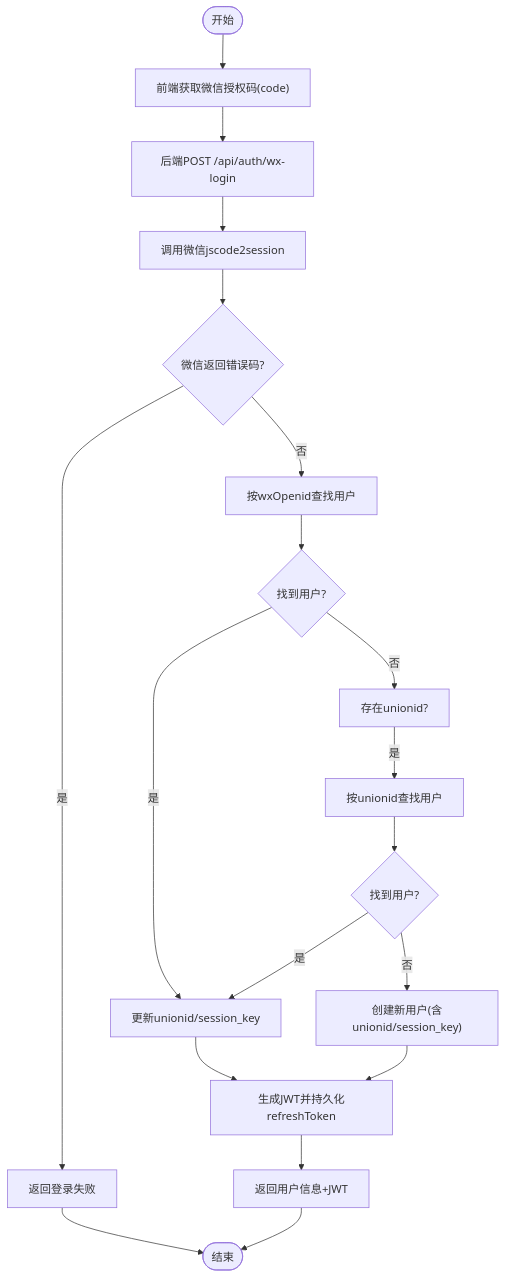
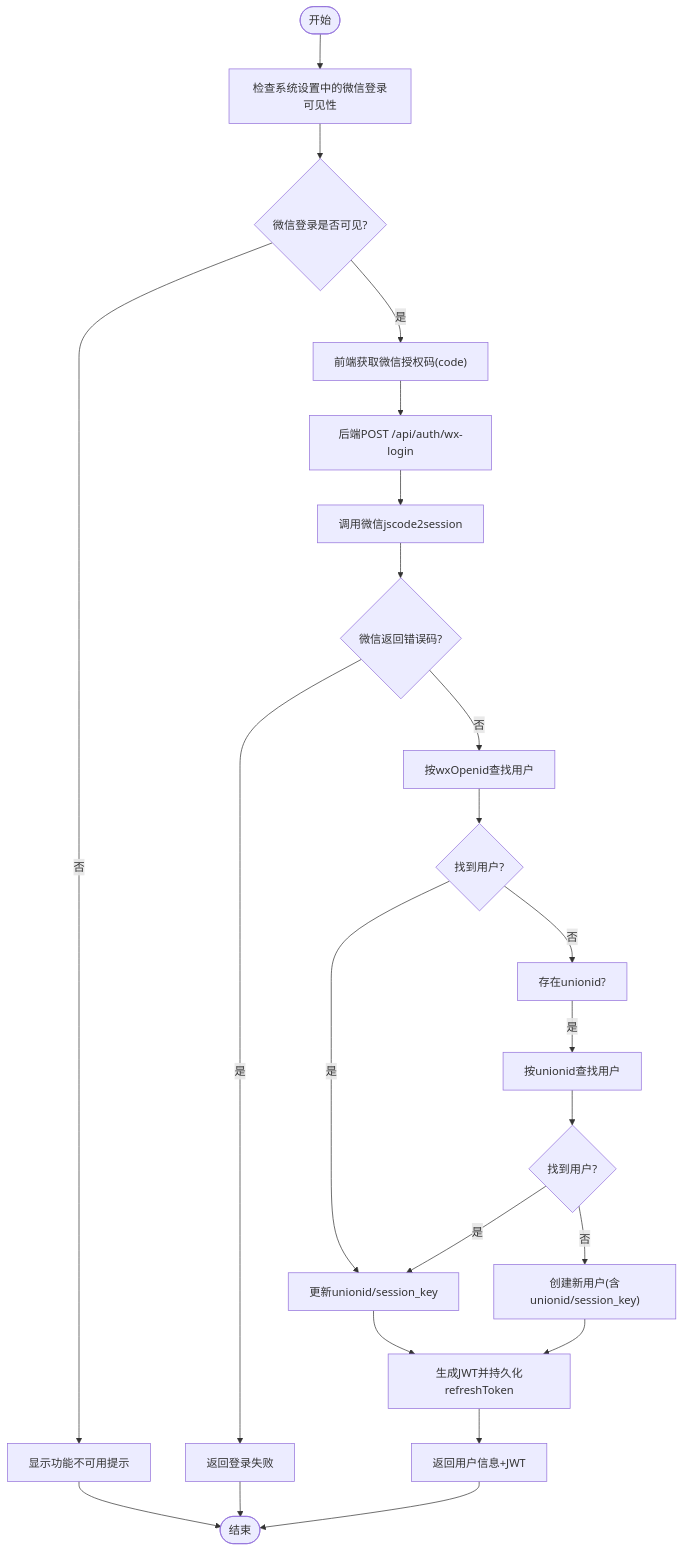
Before and after one commit to Giraffe-Han/microAPP: the fourth of 8 diagrams in .qoder/repowiki/zh/content/后端服务架构/认证与授权系统/微信登录集成.md, drawn with Mermaid. The commit also changed other lines of this file and 14 other files, not shown here.

````diff
--- a/.qoder/repowiki/zh/content/后端服务架构/认证与授权系统/微信登录集成.md
+++ b/.qoder/repowiki/zh/content/后端服务架构/认证与授权系统/微信登录集成.md
@@ -166,21 +185,25 @@
 ```mermaid
 flowchart TD
-Start(["开始"]) --> GetCode["前端获取微信授权码(code)"]
+Start(["开始"]) --> CheckSettings["检查系统设置中的微信登录可见性"]
+CheckSettings --> Visible{"微信登录是否可见?"}
+Visible --> |否| Disabled["显示功能不可用提示"]
+Visible --> |是| GetCode["前端获取微信授权码(code)"]
 GetCode --> PostLogin["后端POST /api/auth/wx-login"]
 PostLogin --> CallWx["调用微信jscode2session"]
 CallWx --> HasErr{"微信返回错误码?"}
 HasErr --> |是| Fail["返回登录失败"]
 HasErr --> |否| FindUser["按wxOpenid查找用户"]
 FindUser --> Found{"找到用户?"}
 Found --> |是| UpdateUser["更新unionid/session_key"]
 Found --> |否| CheckUnion["存在unionid?"]
 CheckUnion --> |是| FindByUnion["按unionid查找用户"]
 FindByUnion --> UnionFound{"找到用户?"}
 UnionFound --> |是| UpdateUser
 UnionFound --> |否| CreateUser["创建新用户(含unionid/session_key)"]
 UpdateUser --> GenToken["生成JWT并持久化refreshToken"]
 CreateUser --> GenToken
 GenToken --> ReturnOK["返回用户信息+JWT"]
-Fail --> End(["结束"])
+Disabled --> End(["结束"])
+Fail --> End
 ReturnOK --> End
 ```
````
